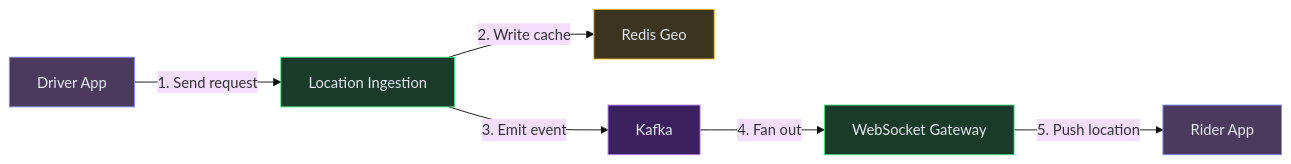
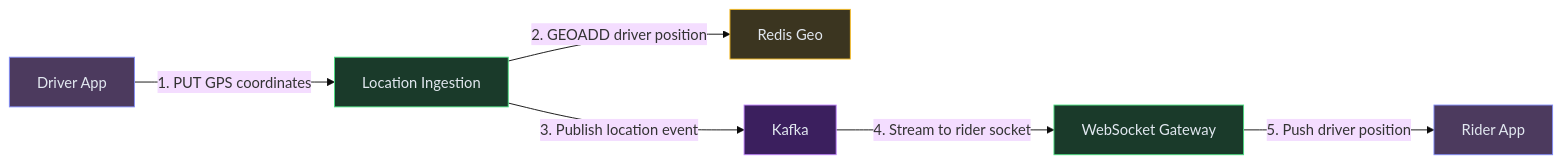
The third of 11 diagrams in content/hld/Uber.md (iluzn/HLD-Designs), drawn with Mermaid (base theme) before and after one commit. The commit also changed other lines of this file and 27 other files, not shown here.

````diff
--- a/content/hld/Uber.md
+++ b/content/hld/Uber.md
@@ -245,20 +245,20 @@
 ```mermaid
 flowchart LR
     Driver["Driver App"]:::client
     LI["Location Ingestion"]:::service
     RG["Redis Geo"]:::data
     KF["Kafka"]:::async
     WSG["WebSocket Gateway"]:::service
     Rider["Rider App"]:::client
 
-    Driver -->|"1. Send request"| LI
-    LI -->|"2. Write cache"| RG
-    LI -->|"3. Emit event"| KF
-    KF -->|"4. Fan out"| WSG
-    WSG -->|"5. Push location"| Rider
+    Driver -->|"1. PUT GPS coordinates"| LI
+    LI -->|"2. GEOADD driver position"| RG
+    LI -->|"3. Publish location event"| KF
+    KF -->|"4. Stream to rider socket"| WSG
+    WSG -->|"5. Push driver position"| Rider
 
     classDef client fill:#4c3a5e,stroke:#818cf8,color:#e2e8f0
     classDef service fill:#1a3a2a,stroke:#4ade80,color:#e2e8f0
     classDef data fill:#3b3520,stroke:#fbbf24,color:#e2e8f0
     classDef async fill:#3b1f5e,stroke:#c084fc,color:#e2e8f0
 ```
````
